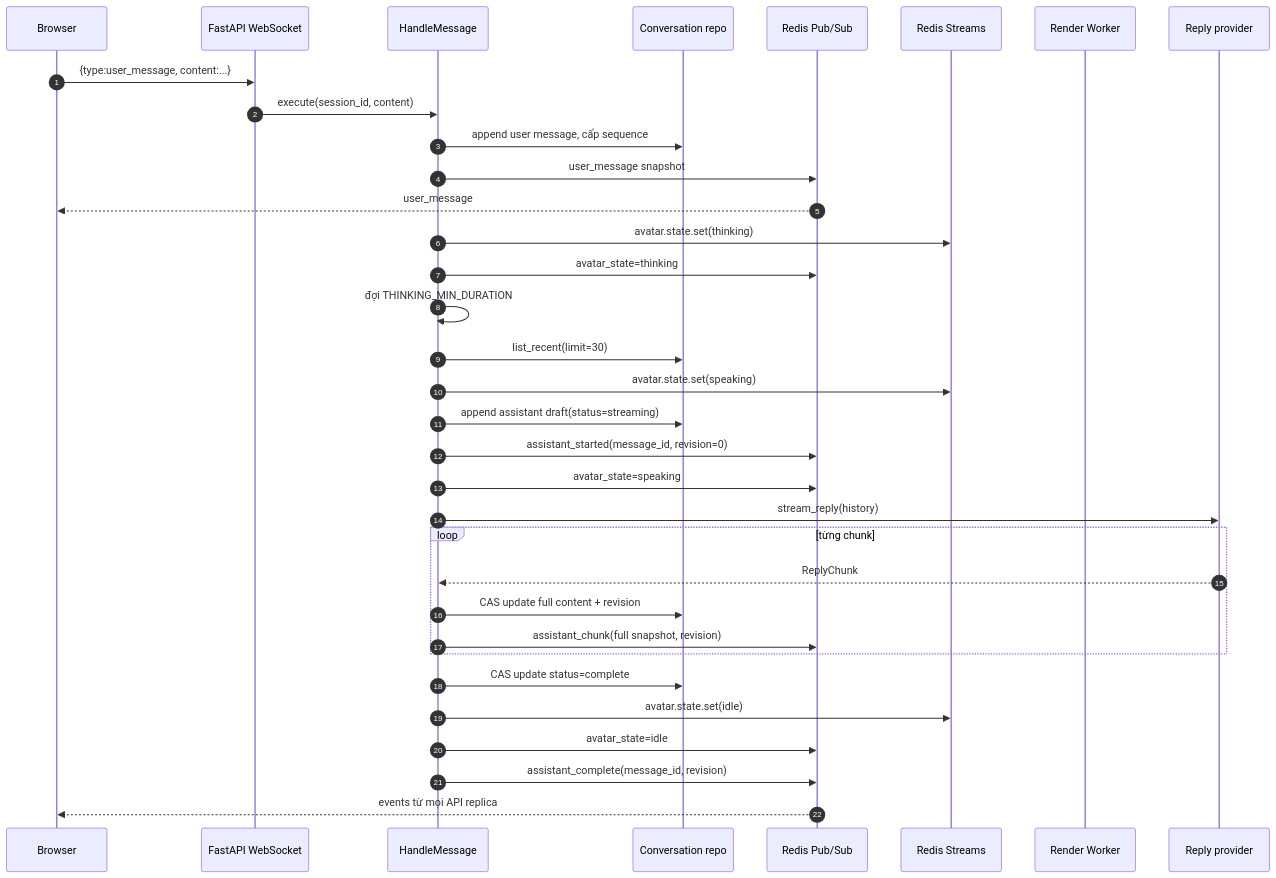
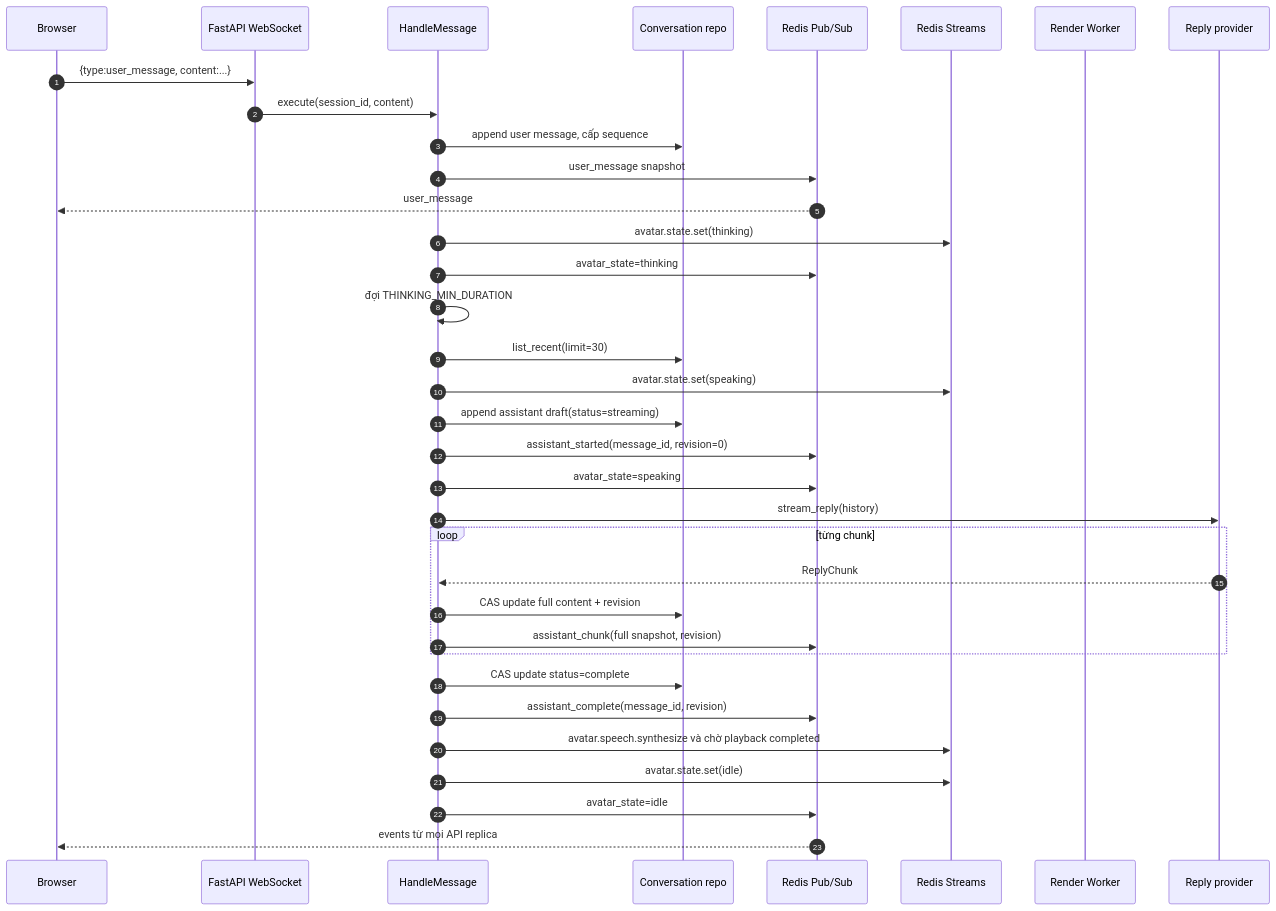
One commit to thinhphan97/PersonaForge changed the sixth of 7 diagrams in docs/current-pipeline.md. Above: the diagram before and after it, drawn with Mermaid. The commit also changed other lines of this file and 81 other files, not shown here.

````diff
--- a/docs/current-pipeline.md
+++ b/docs/current-pipeline.md
@@ -309,37 +309,38 @@
 ```mermaid
 sequenceDiagram
     autonumber
     participant B as Browser
     participant A as FastAPI WebSocket
     participant H as HandleMessage
     participant DB as Conversation repo
     participant P as Redis Pub/Sub
     participant R as Redis Streams
     participant W as Render Worker
     participant M as Reply provider
 
     B->>A: {type:user_message, content:...}
     A->>H: execute(session_id, content)
     H->>DB: append user message, cấp sequence
     H->>P: user_message snapshot
     P-->>B: user_message
     H->>R: avatar.state.set(thinking)
     H->>P: avatar_state=thinking
     H->>H: đợi THINKING_MIN_DURATION
     H->>DB: list_recent(limit=30)
     H->>R: avatar.state.set(speaking)
     H->>DB: append assistant draft(status=streaming)
     H->>P: assistant_started(message_id, revision=0)
     H->>P: avatar_state=speaking
     H->>M: stream_reply(history)
     loop từng chunk
         M-->>H: ReplyChunk
         H->>DB: CAS update full content + revision
         H->>P: assistant_chunk(full snapshot, revision)
     end
     H->>DB: CAS update status=complete
+    H->>P: assistant_complete(message_id, revision)
+    H->>R: avatar.speech.synthesize và chờ playback completed
     H->>R: avatar.state.set(idle)
     H->>P: avatar_state=idle
-    H->>P: assistant_complete(message_id, revision)
     P-->>B: events từ mọi API replica
 ```
````
